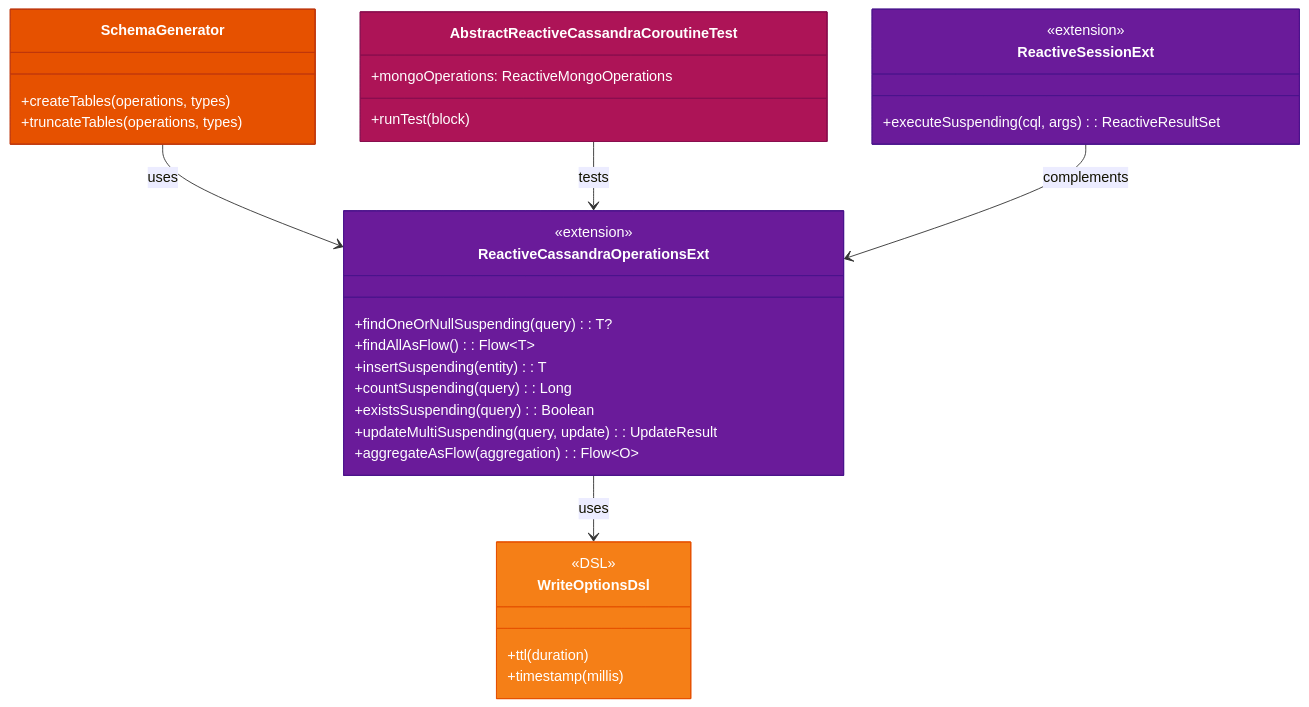
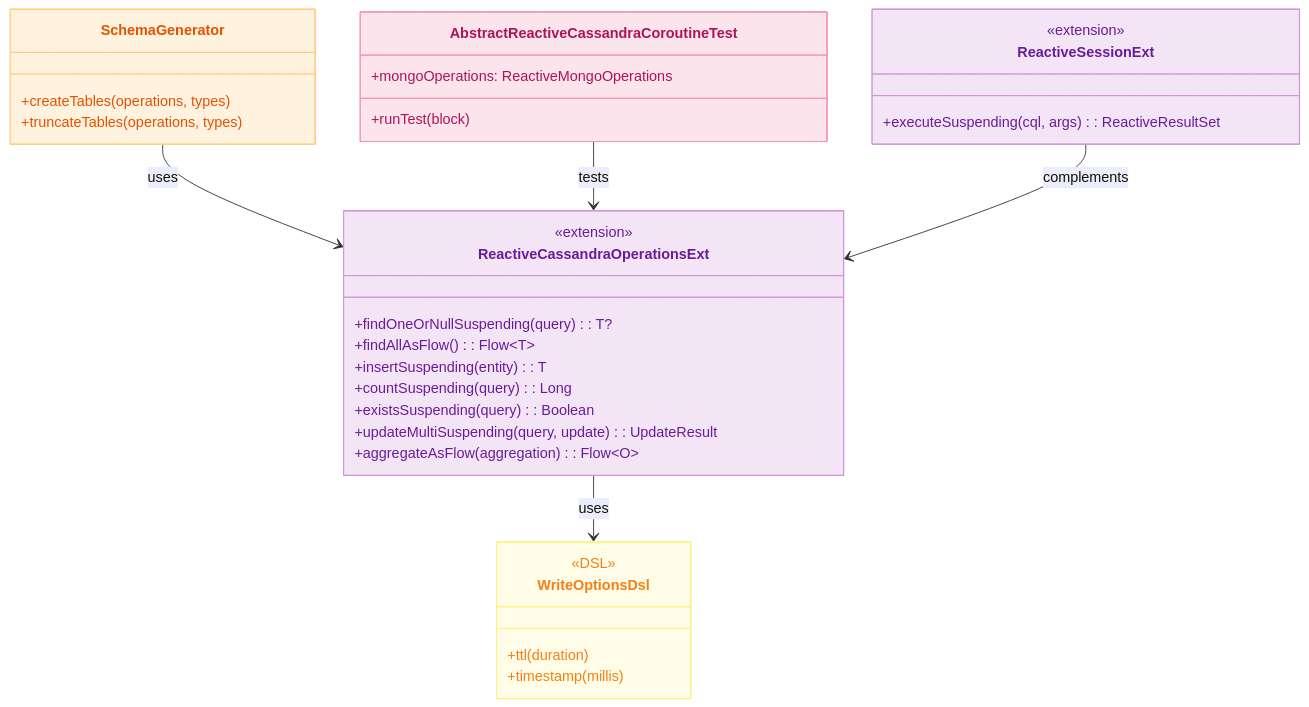
Before and after one commit to bluetape4k/bluetape4k-projects: the first of 3 diagrams in spring-boot3/cassandra/README.ko.md, drawn with Mermaid. The commit also changed other lines of this file and 219 other files, not shown here.

First line of the commit message:
docs: 전체 README Mermaid 다이어그램 가이드 적용

````diff
--- a/spring-boot3/cassandra/README.ko.md
+++ b/spring-boot3/cassandra/README.ko.md
@@ -41,41 +41,41 @@
 ```mermaid
 classDiagram
     class ReactiveCassandraOperationsExt {
         <<extension>>
         +findOneOrNullSuspending(query): T?
         +findAllAsFlow(): Flow~T~
         +insertSuspending(entity): T
         +countSuspending(query): Long
         +existsSuspending(query): Boolean
         +updateMultiSuspending(query, update): UpdateResult
         +aggregateAsFlow(aggregation): Flow~O~
     }
     class ReactiveSessionExt {
         <<extension>>
         +executeSuspending(cql, args): ReactiveResultSet
     }
     class WriteOptionsDsl {
         <<DSL>>
         +ttl(duration)
         +timestamp(millis)
     }
     class SchemaGenerator {
         +createTables(operations, types)
         +truncateTables(operations, types)
     }
     class AbstractReactiveCassandraCoroutineTest {
         +mongoOperations: ReactiveMongoOperations
         +runTest(block)
     }
 
     ReactiveCassandraOperationsExt --> WriteOptionsDsl : uses
     SchemaGenerator --> ReactiveCassandraOperationsExt : uses
     AbstractReactiveCassandraCoroutineTest --> ReactiveCassandraOperationsExt : tests
     ReactiveSessionExt --> ReactiveCassandraOperationsExt : complements
 
-    style ReactiveCassandraOperationsExt fill:#6A1B9A,stroke:#4A148C,color:#FFFFFF
-    style ReactiveSessionExt fill:#6A1B9A,stroke:#4A148C,color:#FFFFFF
-    style WriteOptionsDsl fill:#F57F17,stroke:#E65100,color:#FFFFFF
-    style SchemaGenerator fill:#E65100,stroke:#BF360C,color:#FFFFFF
-    style AbstractReactiveCassandraCoroutineTest fill:#AD1457,stroke:#880E4F,color:#FFFFFF
+    style ReactiveCassandraOperationsExt fill:#F3E5F5,stroke:#CE93D8,color:#6A1B9A
+    style ReactiveSessionExt fill:#F3E5F5,stroke:#CE93D8,color:#6A1B9A
+    style WriteOptionsDsl fill:#FFFDE7,stroke:#FFF176,color:#F57F17
+    style SchemaGenerator fill:#FFF3E0,stroke:#FFCC80,color:#E65100
+    style AbstractReactiveCassandraCoroutineTest fill:#FCE4EC,stroke:#F48FB1,color:#AD1457
 ```
````
